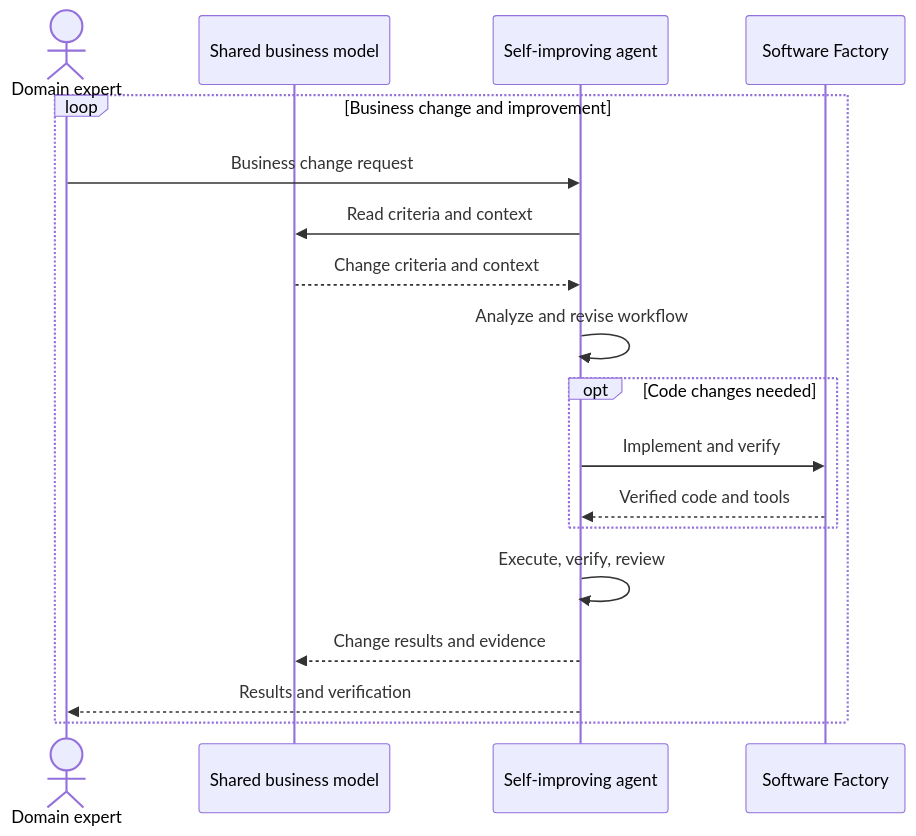
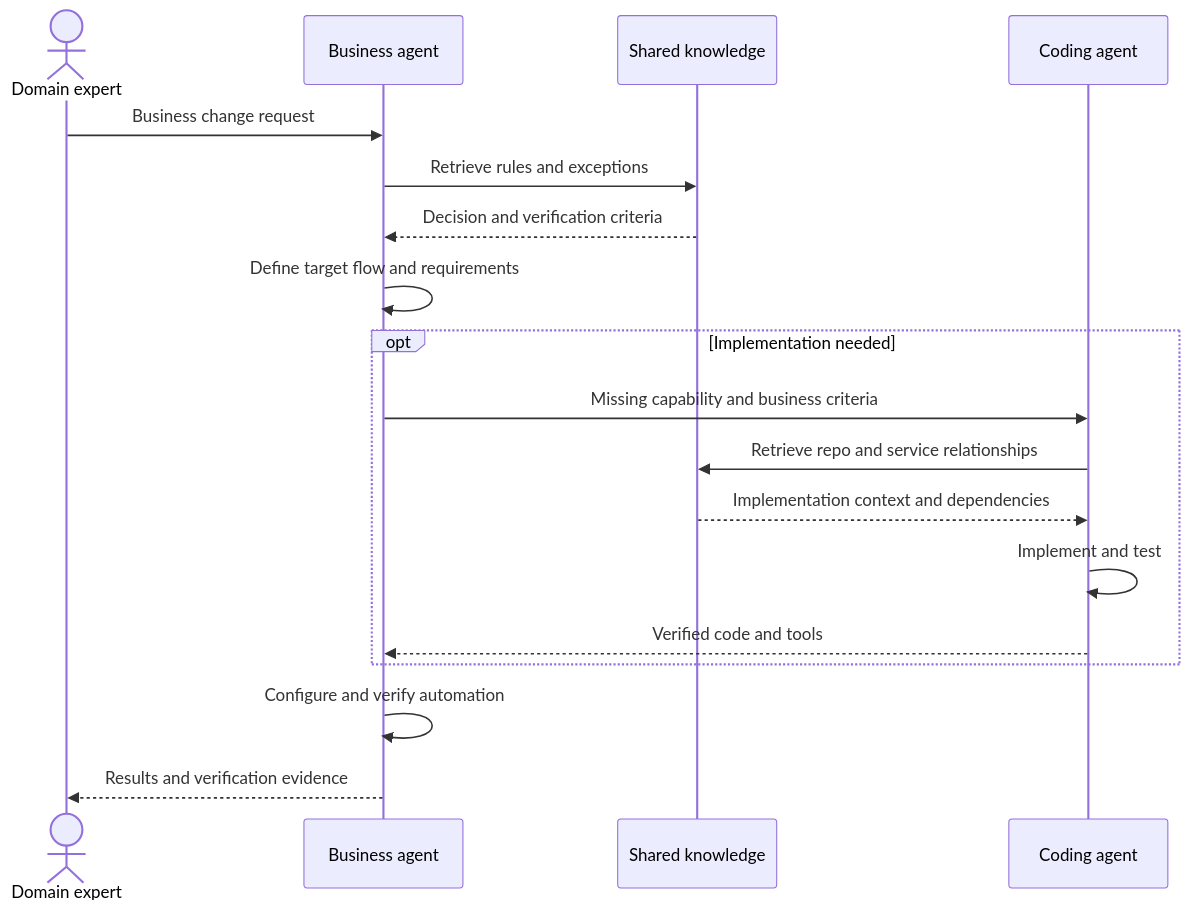
Before and after one commit to haandol/haandol.github.com: the fifth of 6 diagrams in _en/2026-11-05-enterprise-wide-ax-essentials.md, drawn with Mermaid. The commit also changed other lines of this file and 1 other file, not shown here.

Commit message:
docs: explain bounded contexts and shared knowledge for AX agents

````diff
--- a/_en/2026-11-05-enterprise-wide-ax-essentials.md
+++ b/_en/2026-11-05-enterprise-wide-ax-essentials.md
@@ -162,20 +192,20 @@
 ```mermaid
 sequenceDiagram
   actor O as Domain expert
-  participant K as Shared business model
-  participant A as Self-improving agent
-  participant F as Software Factory
-  loop Business change and improvement
-    O->>A: Business change request
-    A->>K: Read criteria and context
-    K-->>A: Change criteria and context
-    A->>A: Analyze and revise workflow
-    opt Code changes needed
-      A->>F: Implement and verify
-      F-->>A: Verified code and tools
-    end
-    A->>A: Execute, verify, review
-    A-->>K: Change results and evidence
-    A-->>O: Results and verification
+  participant B as Business agent
+  participant K as Shared knowledge
+  participant C as Coding agent
+  O->>B: Business change request
+  B->>K: Retrieve rules and exceptions
+  K-->>B: Decision and verification criteria
+  B->>B: Define target flow and requirements
+  opt Implementation needed
+    B->>C: Missing capability and business criteria
+    C->>K: Retrieve repo and service relationships
+    K-->>C: Implementation context and dependencies
+    C->>C: Implement and test
+    C-->>B: Verified code and tools
   end
+  B->>B: Configure and verify automation
+  B-->>O: Results and verification evidence
 ```
````
